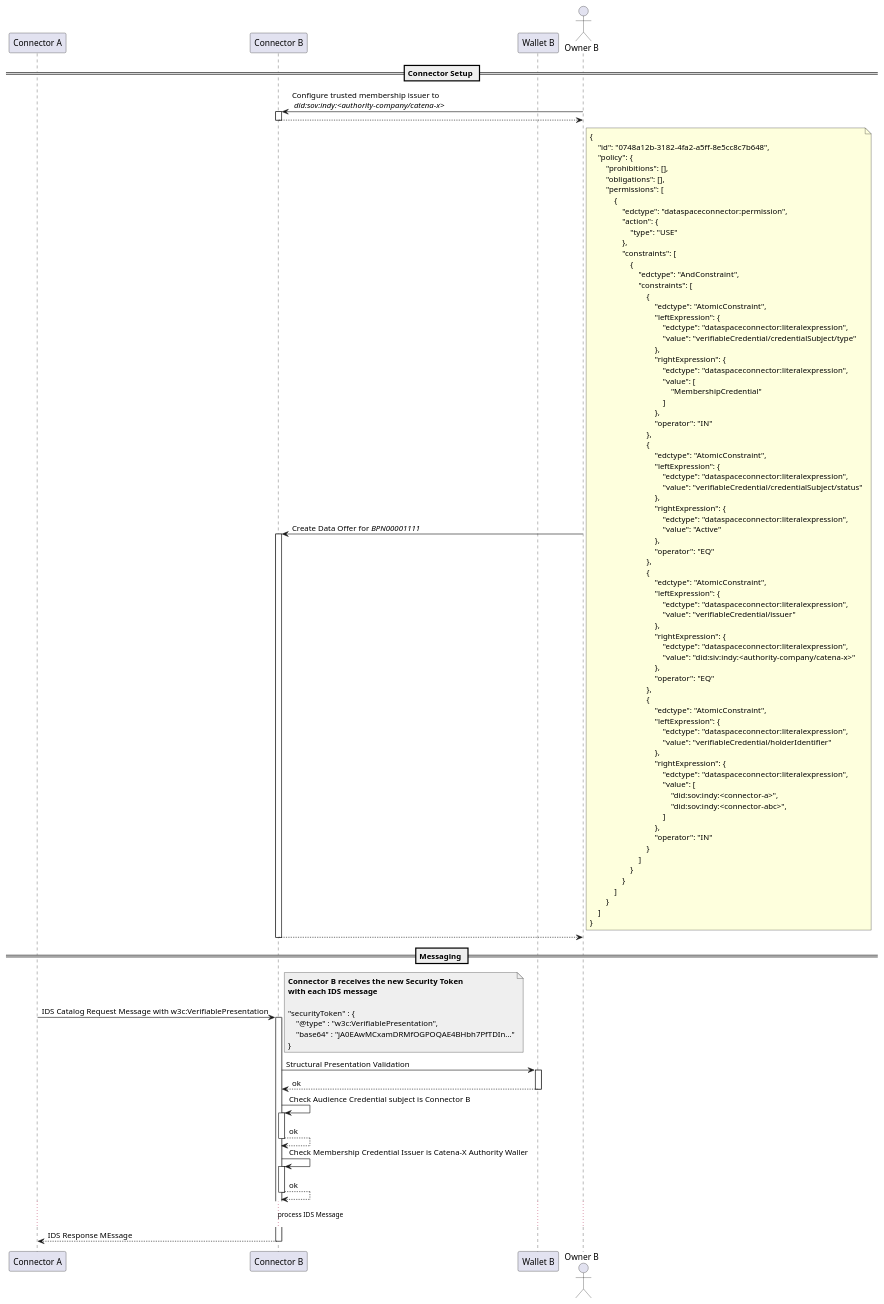
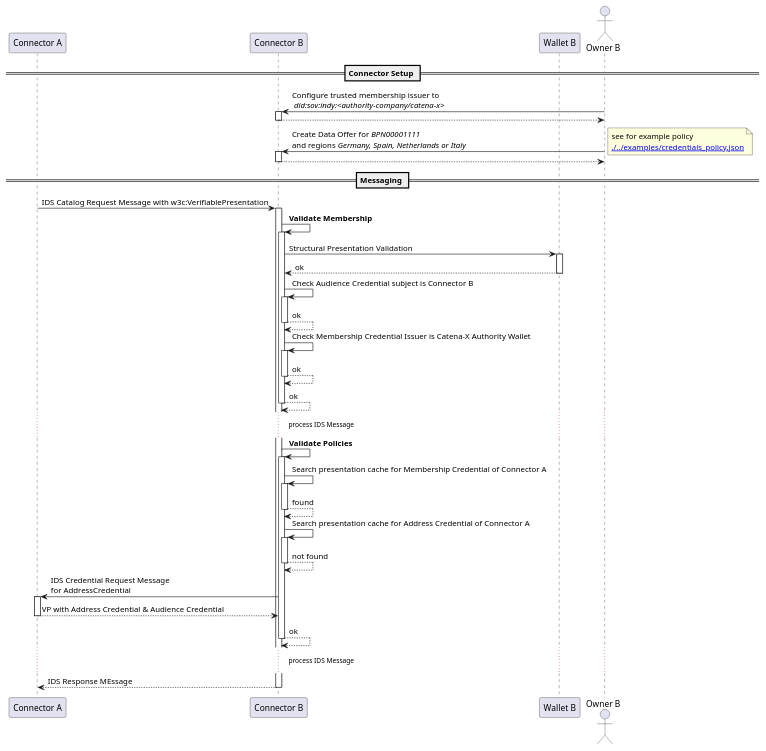
The diagram in docs/SSI/charts/ids_policy_enforcement.puml (eclipse-tractusx/tractusx-edc), drawn with PlantUML before and after one commit. The commit also changed 2 other files, not shown here.

```diff
--- a/docs/SSI/charts/ids_policy_enforcement.puml
+++ b/docs/SSI/charts/ids_policy_enforcement.puml
@@ -1,128 +1,59 @@
 @startuml
 
 
 participant ConnectorA as "Connector A"
 
 participant ConnectorB as "Connector B"
 participant WalletB as "Wallet B"
 
 actor OwnerB as "Owner B"
 
 
 == Connector Setup ==
 
 OwnerB -> ConnectorB ++ : Configure trusted membership issuer to\n <i>did:sov:indy:<authority-company/catena-x></i>
 return
 
-OwnerB -> ConnectorB ++ : Create Data Offer for <i>BPN00001111</i>
+OwnerB -> ConnectorB ++ : Create Data Offer for <i>BPN00001111</i>\nand regions <i>Germany, Spain, Netherlands or Italy</i>
 
     note right
-        {
-            "id": "0748a12b-3182-4fa2-a5ff-8e5cc8c7b648",
-            "policy": {
-                "prohibitions": [],
-                "obligations": [],
-                "permissions": [
-                    {
-                        "edctype": "dataspaceconnector:permission",
-                        "action": {
-                            "type": "USE"
-                        },
-                        "constraints": [
-                            {
-                                "edctype": "AndConstraint",
-                                "constraints": [
-                                    {
-                                        "edctype": "AtomicConstraint",
-                                        "leftExpression": {
-                                            "edctype": "dataspaceconnector:literalexpression",
-                                            "value": "verifiableCredential/credentialSubject/type"
-                                        },
-                                        "rightExpression": {
-                                            "edctype": "dataspaceconnector:literalexpression",
-                                            "value": [
-                                                "MembershipCredential"
-                                            ]
-                                        },
-                                        "operator": "IN"
-                                    },
-                                    {
-                                        "edctype": "AtomicConstraint",
-                                        "leftExpression": {
-                                            "edctype": "dataspaceconnector:literalexpression",
-                                            "value": "verifiableCredential/credentialSubject/status"
-                                        },
-                                        "rightExpression": {
-                                            "edctype": "dataspaceconnector:literalexpression",
-                                            "value": "Active"
-                                        },
-                                        "operator": "EQ"
-                                    },
-                                    {
-                                        "edctype": "AtomicConstraint",
-                                        "leftExpression": {
-                                            "edctype": "dataspaceconnector:literalexpression",
-                                            "value": "verifiableCredential/issuer"
-                                        },
-                                        "rightExpression": {
-                                            "edctype": "dataspaceconnector:literalexpression",
-                                            "value": "did:siv:indy:<authority-company/catena-x>"
-                                        },
-                                        "operator": "EQ"
-                                    },
-                                    {
-                                        "edctype": "AtomicConstraint",
-                                        "leftExpression": {
-                                            "edctype": "dataspaceconnector:literalexpression",
-                                            "value": "verifiableCredential/holderIdentifier"
-                                        },
-                                        "rightExpression": {
-                                            "edctype": "dataspaceconnector:literalexpression",
-                                            "value": [
-                                                "did:sov:indy:<connector-a>",
-                                                "did:sov:indy:<connector-abc>",
-                                            ]
-                                        },
-                                        "operator": "IN"
-                                    }
-                                ]
-                            }
-                        }
-                    ]
-                }
-            ]
-        }
+        see for example policy
+        [[./../examples/credentials_policy.json]]
     end note
 
 return
-
 
 
 == Messaging ==
 
 ConnectorA -> ConnectorB ++ : IDS Catalog Request Message with w3c:VerifiablePresentation
 
-    note right #efefef
-    **Connector B receives the new Security Token**
-    **with each IDS message**
-    
-    "securityToken" : {
-        "@type" : "w3c:VerifiablePresentation",
-        "base64" : "jA0EAwMCxamDRMfOGPOQAE4BHbh7PfTDIn..."
-    }
-    end note
-
-    ConnectorB -> WalletB ++: Structural Presentation Validation
+    ConnectorB -> ConnectorB ++ : **Validate Membership**
+        ConnectorB -> WalletB ++: Structural Presentation Validation
+        return ok
+        ConnectorB -> ConnectorB ++ : Check Audience Credential subject is Connector B
+        return ok
+        ConnectorB -> ConnectorB ++ : Check Membership Credential Issuer is Catena-X Authority Wallet
+        return ok
     return ok
 
-    ConnectorB -> ConnectorB ++ : Check Audience Credential subject is Connector B
-    return ok
+    ... process IDS Message ...
 
-    ConnectorB -> ConnectorB ++ : Check Membership Credential Issuer is Catena-X Authority Waller
+    ConnectorB -> ConnectorB ++ : **Validate Policies**
+
+        ConnectorB -> ConnectorB ++ : Search presentation cache for Membership Credential of Connector A
+        return found
+
+        ConnectorB -> ConnectorB ++ : Search presentation cache for Address Credential of Connector A
+        return not found
+
+        ConnectorB -> ConnectorA ++ : IDS Credential Request Message \nfor AddressCredential
+        return VP with Address Credential & Audience Credential
+
     return ok
 
     ... process IDS Message ...
 
 return IDS Response MEssage
 
 @enduml
```
